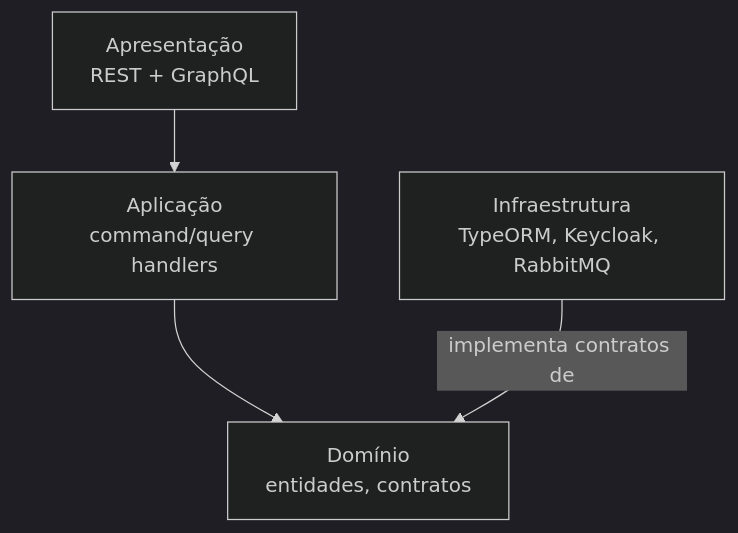
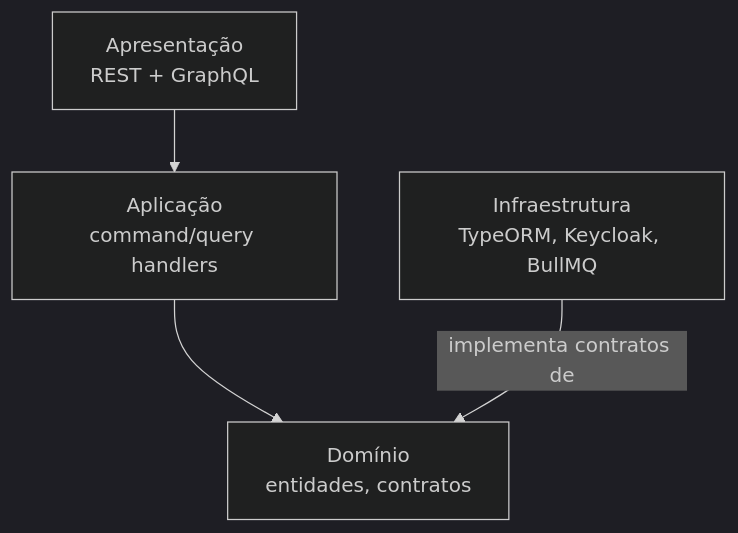
One commit to ladesa-ro/management-service changed the diagram in docs/arquitetura/index.md. Above: the diagram before and after it, drawn with Mermaid (dark theme). The commit also changed other lines of this file and 8 other files, not shown here.

````diff
--- a/docs/arquitetura/index.md
+++ b/docs/arquitetura/index.md
@@ -25,6 +25,6 @@
 ```mermaid
 flowchart TB
     Apresentacao["Apresentação\nREST + GraphQL"] --> Aplicacao["Aplicação\ncommand/query handlers"]
     Aplicacao --> Dominio["Domínio\nentidades, contratos"]
-    Infraestrutura["Infraestrutura\nTypeORM, Keycloak, RabbitMQ"] -- "implementa contratos de" --> Dominio
+    Infraestrutura["Infraestrutura\nTypeORM, Keycloak, BullMQ"] -- "implementa contratos de" --> Dominio
 ```
````
